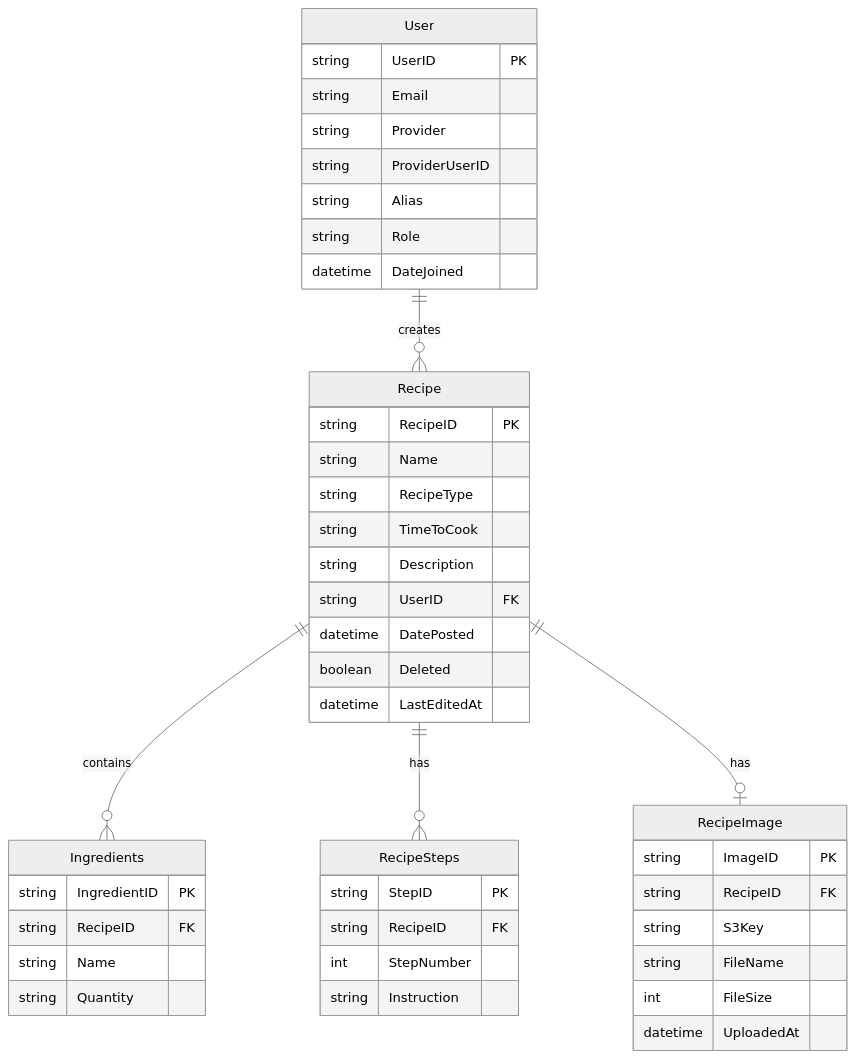
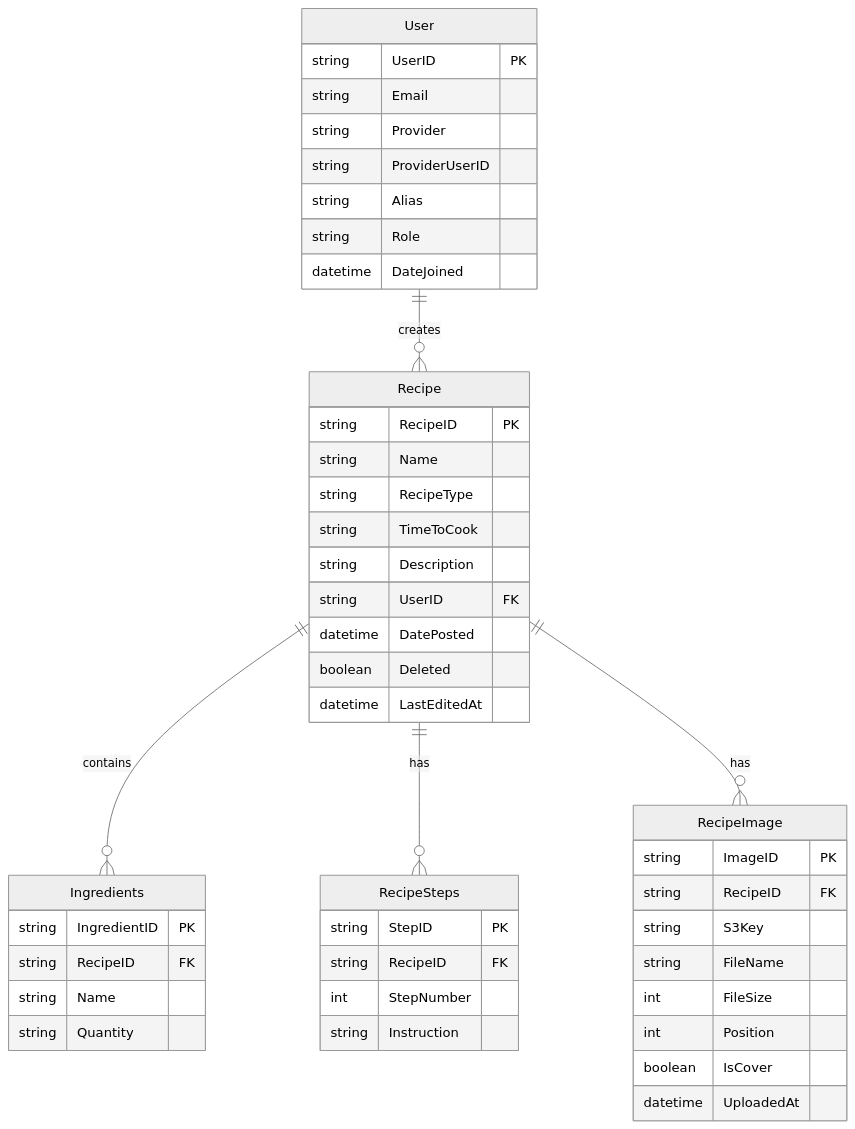
One commit to andjrue/go-recipe-website changed the diagram in docs/notes/structure.md. Above: the diagram before and after it, drawn with Mermaid (neutral theme). The commit also changed other lines of this file and 12 other files, not shown here.

````diff
--- a/docs/notes/structure.md
+++ b/docs/notes/structure.md
@@ -41,52 +41,54 @@
 ```mermaid
 erDiagram
     User ||--o{ Recipe : creates
     Recipe ||--o{ Ingredients : contains
     Recipe ||--o{ RecipeSteps : has
-    Recipe ||--o| RecipeImage : has
+    Recipe ||--o{ RecipeImage : has
 
     User {
         string UserID PK
         string Email
         string Provider
         string ProviderUserID
         string Alias
         string Role
         datetime DateJoined
     }
 
     Recipe {
         string RecipeID PK
         string Name
         string RecipeType
         string TimeToCook
         string Description
         string UserID FK
         datetime DatePosted
         boolean Deleted
         datetime LastEditedAt
     }
 
     Ingredients {
         string IngredientID PK
         string RecipeID FK
         string Name
         string Quantity
     }
 
     RecipeSteps {
         string StepID PK
         string RecipeID FK
         int StepNumber
         string Instruction
     }
 
     RecipeImage {
         string ImageID PK
         string RecipeID FK
         string S3Key
         string FileName
         int FileSize
+        int Position
+        boolean IsCover
         datetime UploadedAt
     }
 ```
````
